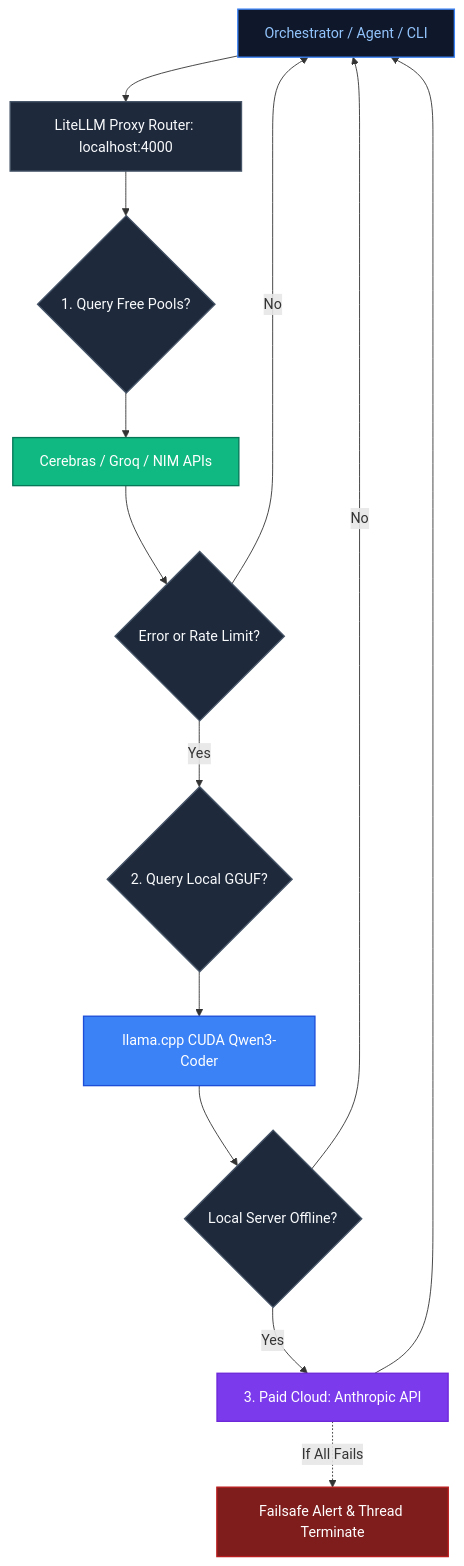
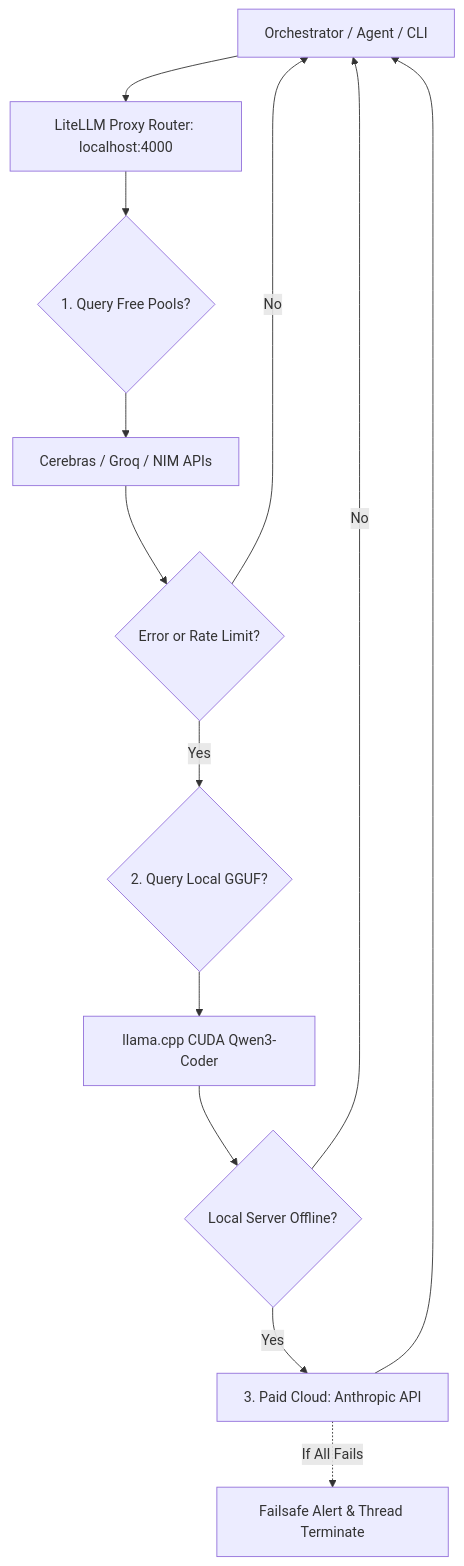
The diagram in docs/whitepaper/chapters/stack.md (master5d/NAUTILUS), drawn with Mermaid before and after one commit. The commit also changed 6 other files, not shown here.

First line of the commit message:
docs: Refactor Mermaid diagrams for GitBook and GitHub Pages compatibility

````diff
--- a/docs/whitepaper/chapters/stack.md
+++ b/docs/whitepaper/chapters/stack.md
@@ -5,45 +5,36 @@
 ```mermaid
-graph TD
-    %% Styling
-    classDef Caller fill:#0f172a,stroke:#3b82f6,stroke-width:1.5px,color:#93c5fd;
-    classDef Router fill:#1e293b,stroke:#475569,stroke-width:1.5px,color:#f8fafc;
-    classDef Free fill:#10b981,stroke:#047857,stroke-width:1.5px,color:#fff;
-    classDef Local fill:#3b82f6,stroke:#1d4ed8,stroke-width:1.5px,color:#fff;
-    classDef Paid fill:#7c3aed,stroke:#6d28d9,stroke-width:1.5px,color:#fff;
-    classDef Alert fill:#7f1d1d,stroke:#b91c1c,stroke-width:1.5px,color:#fff;
-
-    %% Nodes
-    Caller[Orchestrator / Agent / CLI]:::Caller
-    LiteLLM[LiteLLM Proxy Router: localhost:4000]:::Router
+flowchart TD
+    Caller[Orchestrator / Agent / CLI]
+    LiteLLM[LiteLLM Proxy Router: localhost:4000]
     
-    CheckPool{1. Query Free Pools?}:::Router
-    FreePool[Cerebras / Groq / NIM APIs]:::Free
+    CheckPool{1. Query Free Pools?}
+    FreePool[Cerebras / Groq / NIM APIs]
     
-    CheckError{Error or Rate Limit?}:::Router
+    CheckError{Error or Rate Limit?}
     
-    CheckGGUF{2. Query Local GGUF?}:::Router
-    LocalGGUF[llama.cpp CUDA Qwen3-Coder]:::Local
+    CheckGGUF{2. Query Local GGUF?}
+    LocalGGUF[llama.cpp CUDA Qwen3-Coder]
     
-    CheckLocal{Local Server Offline?}:::Router
+    CheckLocal{Local Server Offline?}
     
-    PaidCloud[3. Paid Cloud: Anthropic API]:::Paid
-    FailSafe[Failsafe Alert & Thread Terminate]:::Alert
+    PaidCloud[3. Paid Cloud: Anthropic API]
+    FailSafe[Failsafe Alert & Thread Terminate]
 
     %% Connections
     Caller --> LiteLLM
     LiteLLM --> CheckPool
     CheckPool --> FreePool
     FreePool --> CheckError
     
     CheckError -- No --> Caller
     CheckError -- Yes --> CheckGGUF
     
     CheckGGUF --> LocalGGUF
     LocalGGUF --> CheckLocal
     
     CheckLocal -- No --> Caller
     CheckLocal -- Yes --> PaidCloud
     
     PaidCloud --> Caller
     PaidCloud -.-> |If All Fails| FailSafe
 ```
````
